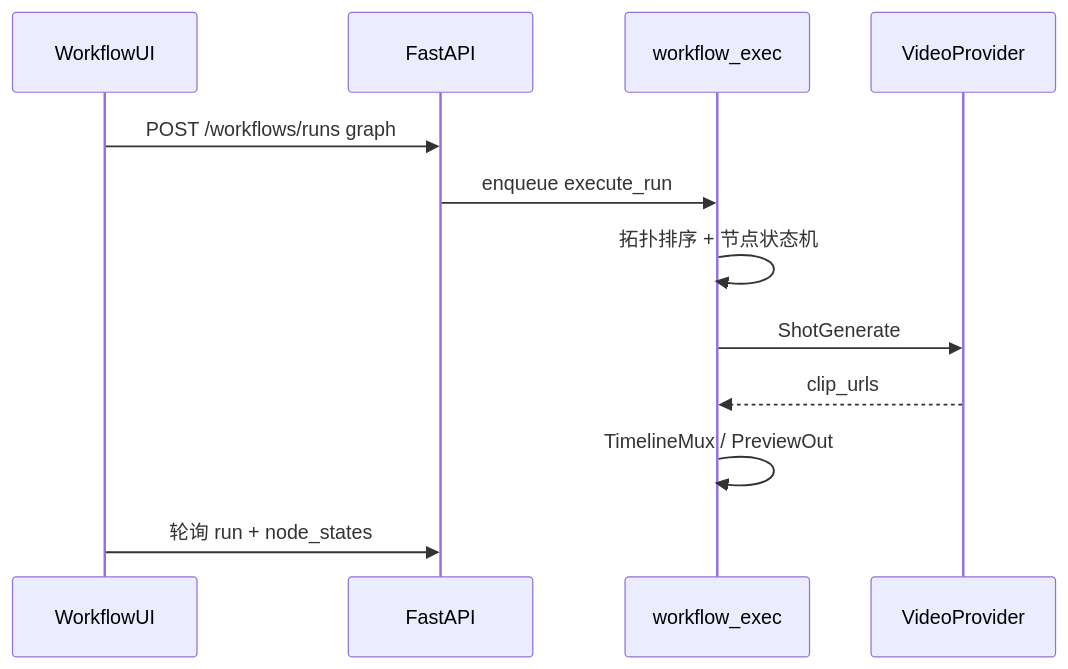
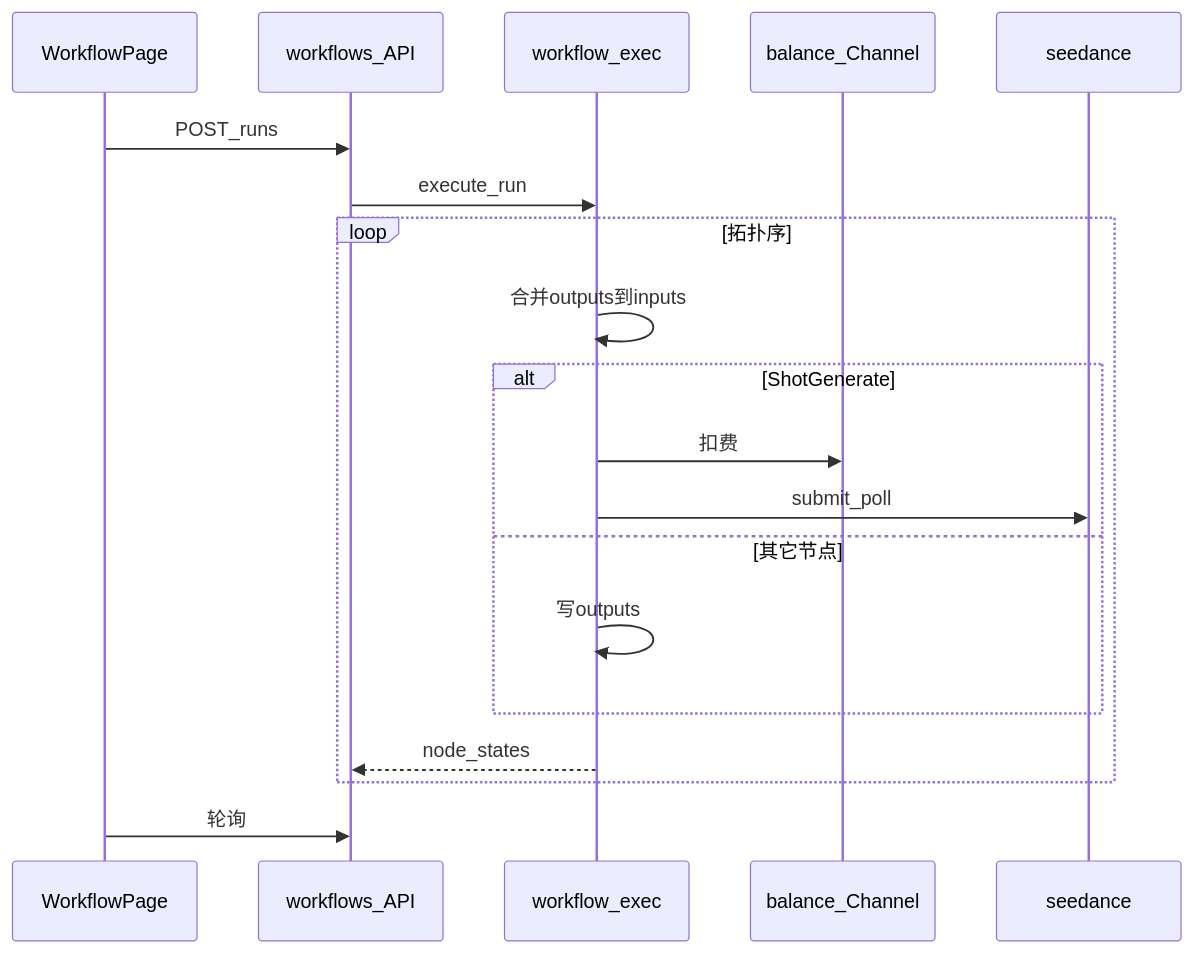
One commit to Frocir/SeeMeTVC changed the fourth of 4 diagrams in 细化方案.md. Above: the diagram before and after it, drawn with Mermaid. The commit also changed other lines of this file, not shown here.

````diff
--- a/细化方案.md
+++ b/细化方案.md
@@ -218,15 +257,21 @@
 ```mermaid
 sequenceDiagram
-  participant UI as WorkflowUI
-  participant API as FastAPI
+  participant UI as WorkflowPage
+  participant API as workflows_API
   participant Ex as workflow_exec
-  participant Gen as VideoProvider
-
-  UI->>API: POST /workflows/runs graph
-  API->>Ex: enqueue execute_run
-  Ex->>Ex: 拓扑排序 + 节点状态机
-  Ex->>Gen: ShotGenerate
-  Gen-->>Ex: clip_urls
-  Ex->>Ex: TimelineMux / PreviewOut
-  UI->>API: 轮询 run + node_states
+  participant Bill as balance_Channel
+  participant Gen as seedance
+  UI->>API: POST_runs
+  API->>Ex: execute_run
+  loop 拓扑序
+    Ex->>Ex: 合并outputs到inputs
+    alt ShotGenerate
+      Ex->>Bill: 扣费
+      Ex->>Gen: submit_poll
+    else 其它节点
+      Ex->>Ex: 写outputs
+    end
+    Ex-->>API: node_states
+  end
+  UI->>API: 轮询
 ```
````
